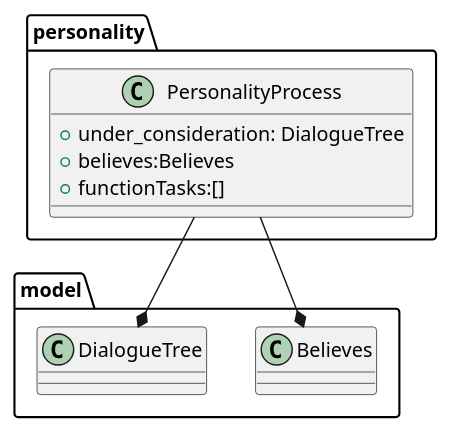
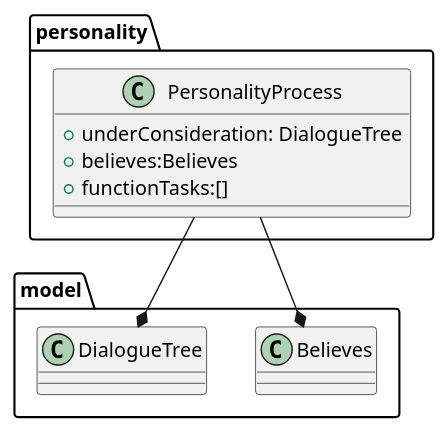
Diagram 17 of 26 in thesis/thesis.org (jappeace/methods-homework), drawn with PlantUML before and after one commit. The commit also changed other lines of this file and 1 other file, not shown here.

Commit message:
Trying to use svg for images

```diff
--- a/thesis/thesis.org
+++ b/thesis/thesis.org
@@ -3491,17 +3497,17 @@
-#+BEGIN_SRC plantuml :cache yes :file img/uml/supportclassperson.png :exports results
+#+BEGIN_SRC plantuml :cache yes :file img/uml/supportclassperson.svg :exports results
 package model{
   class Believes
   class DialogueTree
 }
 
 package personality{
   class PersonalityProcess{
-    +under_consideration: DialogueTree
+    +underConsideration: DialogueTree
     +believes:Believes
     +functionTasks:[]
   }
   PersonalityProcess --* Believes
   PersonalityProcess --* DialogueTree
 }
 
 #+END_SRC
```
